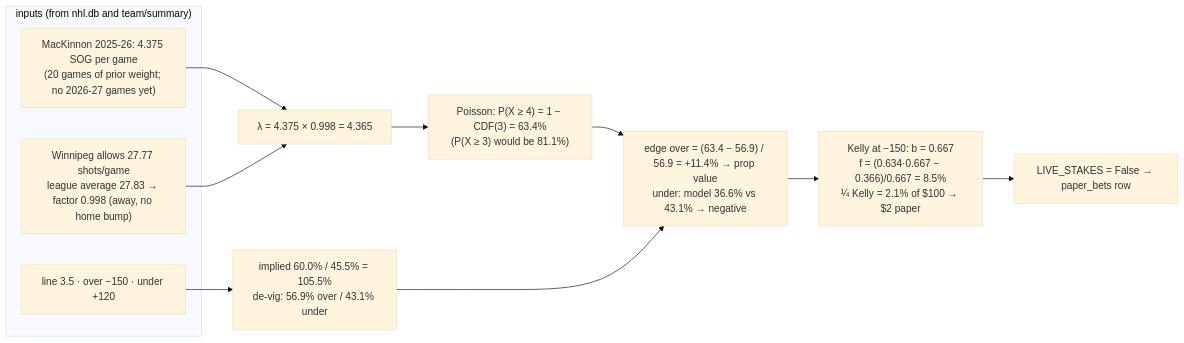
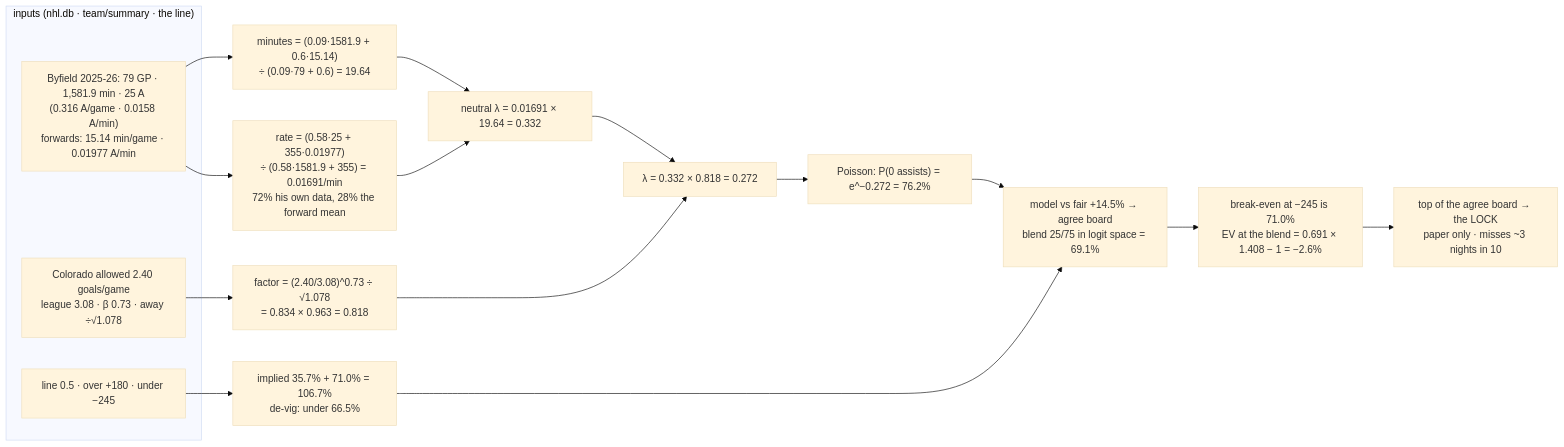
One commit to wbp318/cfb_soccer_nhl_2026_2027 changed diagram 24 of 27 in README.md. Above: the diagram before and after it, drawn with Mermaid (base theme). The commit also changed other lines of this file and 10 other files, not shown here.

````diff
--- a/README.md
+++ b/README.md
@@ -1224,14 +1246,18 @@
 ```mermaid
 flowchart LR
-    subgraph IN["inputs (from nhl.db and team/summary)"]
-        R["MacKinnon 2025-26: 4.375 SOG per game\n(20 games of prior weight; no 2026-27 games yet)"]
-        O["Winnipeg allows 27.77 shots/game\nleague average 27.83 → factor 0.998 (away, no home bump)"]
-        L["line 3.5 · over −150 · under +120"]
+    subgraph IN["inputs (nhl.db · team/summary · the line)"]
+        R["Byfield 2025-26: 79 GP · 1,581.9 min · 25 A\n(0.316 A/game · 0.0158 A/min)\nforwards: 15.14 min/game · 0.01977 A/min"]
+        O["Colorado allowed 2.40 goals/game\nleague 3.08 · β 0.73 · away ÷√1.078"]
+        L["line 0.5 · over +180 · under −245"]
     end
-    R & O --> LAM["λ = 4.375 × 0.998 = 4.365"]
-    LAM --> P["Poisson: P(X ≥ 4) = 1 − CDF(3) = 63.4%\n(P(X ≥ 3) would be 81.1%)"]
-    L --> FAIR["implied 60.0% / 45.5% = 105.5%\nde-vig: 56.9% over / 43.1% under"]
-    P & FAIR --> E["edge over = (63.4 − 56.9) / 56.9 = +11.4% → prop value\nunder: model 36.6% vs 43.1% → negative"]
-    E --> K["Kelly at −150: b = 0.667\nf = (0.634·0.667 − 0.366)/0.667 = 8.5%\n¼ Kelly = 2.1% of $100 → $2 paper"]
-    K --> PO["LIVE_STAKES = False → paper_bets row"]
+    R --> TOI["minutes = (0.09·1581.9 + 0.6·15.14)\n÷ (0.09·79 + 0.6) = 19.64"]
+    R --> RATE["rate = (0.58·25 + 355·0.01977)\n÷ (0.58·1581.9 + 355) = 0.01691/min\n72% his own data, 28% the forward mean"]
+    TOI & RATE --> NEU["neutral λ = 0.01691 × 19.64 = 0.332"]
+    O --> F["factor = (2.40/3.08)^0.73 ÷ √1.078\n= 0.834 × 0.963 = 0.818"]
+    NEU & F --> LAM["λ = 0.332 × 0.818 = 0.272"]
+    LAM --> P["Poisson: P(0 assists) = e^−0.272 = 76.2%"]
+    L --> FAIR["implied 35.7% + 71.0% = 106.7%\nde-vig: under 66.5%"]
+    P & FAIR --> E["model vs fair +14.5% → agree board\nblend 25/75 in logit space = 69.1%"]
+    E --> K["break-even at −245 is 71.0%\nEV at the blend = 0.691 × 1.408 − 1 = −2.6%"]
+    K --> PO["top of the agree board → the LOCK\npaper only · misses ~3 nights in 10"]
 ```
````
